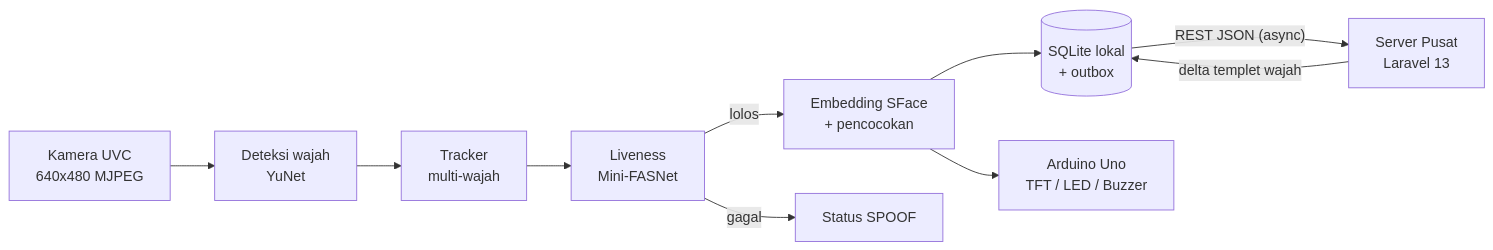
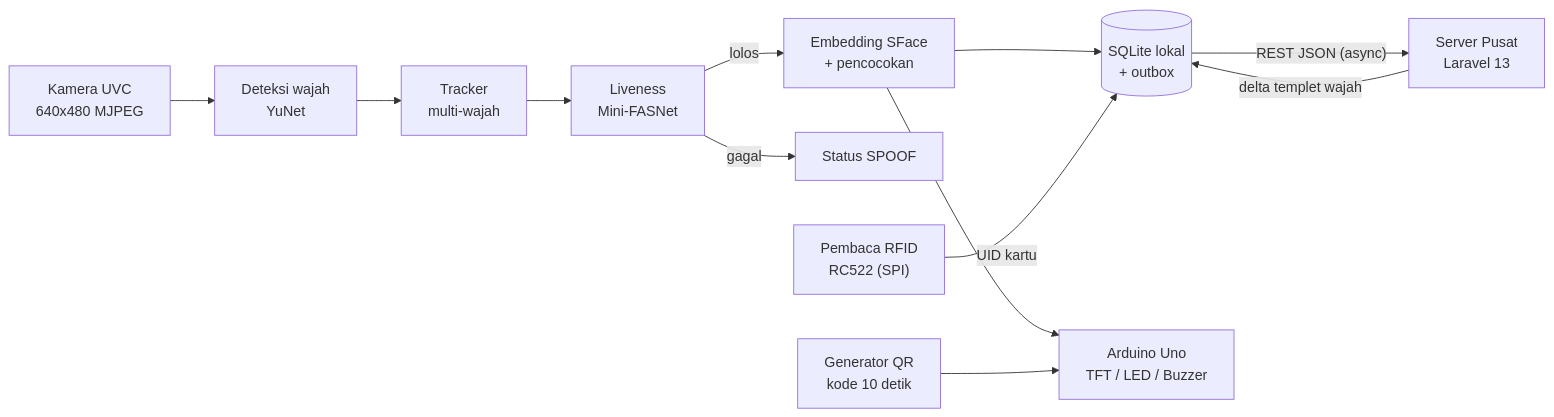
One commit to Cihaimasuiro/absensi-cam changed the first of 2 diagrams in PRD.md. Above: the diagram before and after it, drawn with Mermaid. The commit also changed other lines of this file and 10 other files, not shown here.

````diff
--- a/PRD.md
+++ b/PRD.md
@@ -77,12 +82,14 @@
 ```mermaid
 flowchart LR
     CAM["Kamera UVC<br/>640x480 MJPEG"] --> DET["Deteksi wajah<br/>YuNet"]
     DET --> TRK["Tracker<br/>multi-wajah"]
     TRK --> LIV["Liveness<br/>Mini-FASNet"]
     LIV -->|lolos| REC["Embedding SFace<br/>+ pencocokan"]
     LIV -->|gagal| FAIL["Status SPOOF"]
     REC --> DB[("SQLite lokal<br/>+ outbox")]
     REC --> ARD["Arduino Uno<br/>TFT / LED / Buzzer"]
+    RFID["Pembaca RFID<br/>RC522 (SPI)"] -->|"UID kartu"| DB
+    QRG["Generator QR<br/>kode 10 detik"] --> ARD
     DB -->|"REST JSON (async)"| SRV["Server Pusat<br/>Laravel 13"]
     SRV -->|"delta templet wajah"| DB
 ```
````
